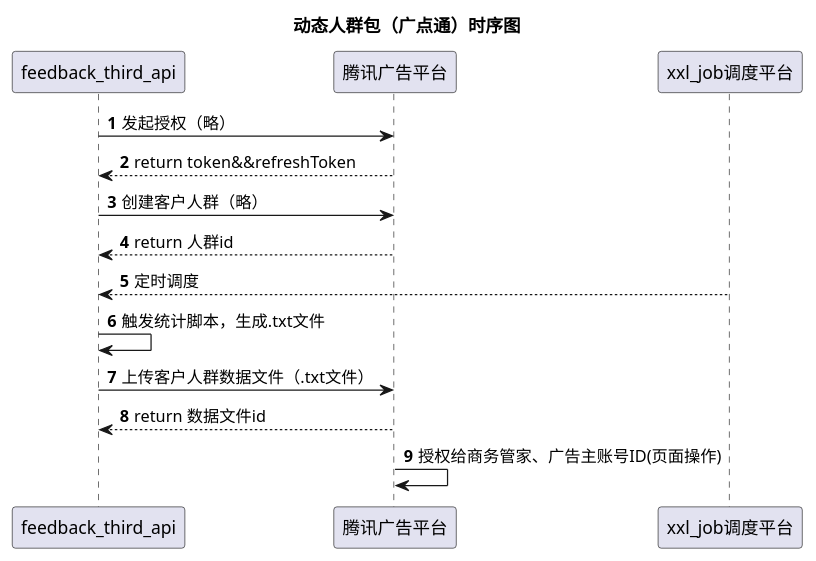
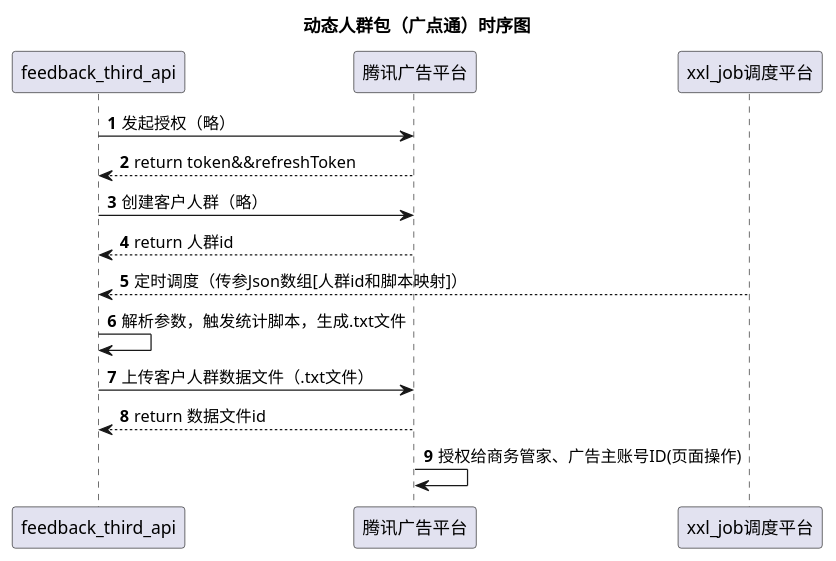
One commit to aoheng/PlantUML changed the diagram in angogo/feedback/动态人群包.puml. Above: the diagram before and after it, drawn with PlantUML.

Commit message:
feat: 动态人群包-时序图

```diff
--- a/angogo/feedback/动态人群包.puml
+++ b/angogo/feedback/动态人群包.puml
@@ -1,18 +1,18 @@
 @startuml
 'https://plantuml.com/sequence-diagram
 
 title 动态人群包（广点通）时序图
 autonumber
 
 feedback_third_api -> 腾讯广告平台: 发起授权（略）
 腾讯广告平台 --> feedback_third_api: return token&&refreshToken
 feedback_third_api -> 腾讯广告平台: 创建客户人群（略）
 腾讯广告平台 --> feedback_third_api: return 人群id
-xxl_job调度平台 --> feedback_third_api: 定时调度
-feedback_third_api ->feedback_third_api: 触发统计脚本，生成.txt文件
+xxl_job调度平台 --> feedback_third_api: 定时调度（传参Json数组[人群id和脚本映射]）
+feedback_third_api ->feedback_third_api: 解析参数，触发统计脚本，生成.txt文件
 feedback_third_api -> 腾讯广告平台: 上传客户人群数据文件（.txt文件）
 腾讯广告平台 --> feedback_third_api: return 数据文件id
 
 腾讯广告平台 ->腾讯广告平台: 授权给商务管家、广告主账号ID(页面操作)
 
 @enduml
```
